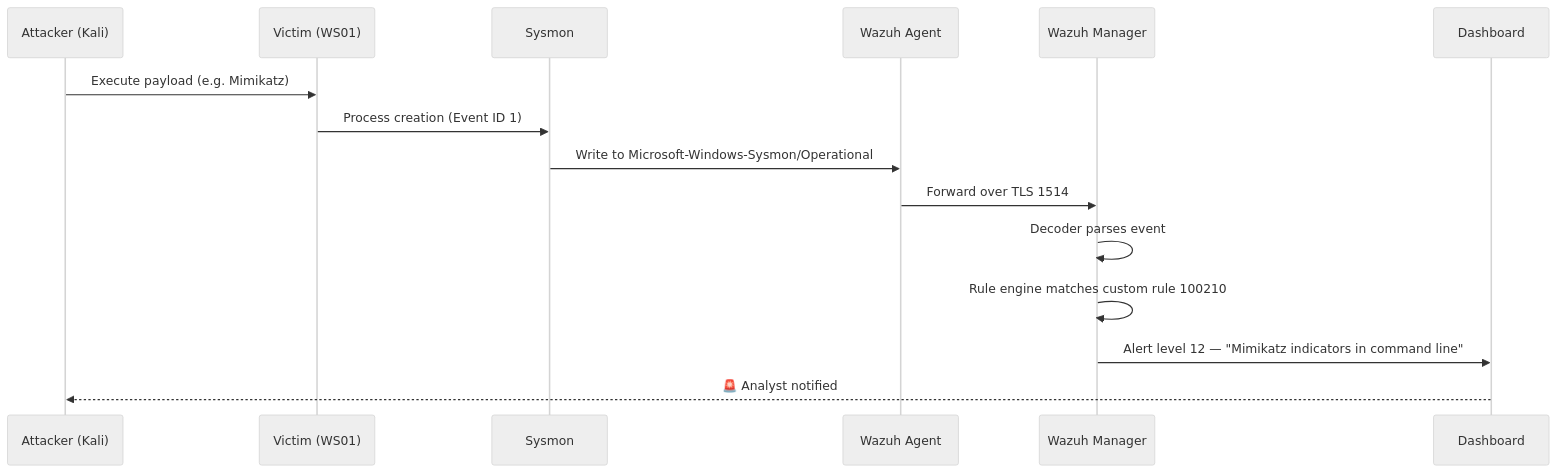
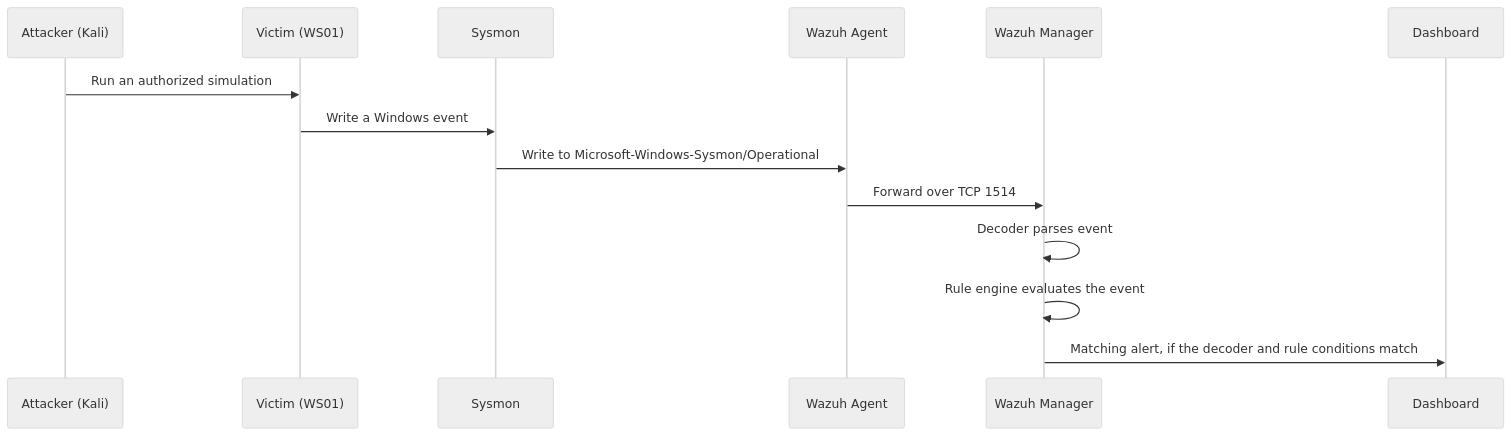
The second of 2 diagrams in README.md (Pawel123j/SOC-Home-Lab-Wazuh-AD-), drawn with Mermaid (neutral theme) before and after one commit. The commit also changed other lines of this file and 14 other files, not shown here.

````diff
--- a/README.md
+++ b/README.md
@@ -127,18 +117,17 @@
 ```mermaid
 sequenceDiagram
     participant A as Attacker (Kali)
     participant V as Victim (WS01)
     participant S as Sysmon
     participant W as Wazuh Agent
     participant M as Wazuh Manager
     participant D as Dashboard
 
-    A->>V: Execute payload (e.g. Mimikatz)
-    V->>S: Process creation (Event ID 1)
+    A->>V: Run an authorized simulation
+    V->>S: Write a Windows event
     S->>W: Write to Microsoft-Windows-Sysmon/Operational
-    W->>M: Forward over TLS 1514
+    W->>M: Forward over TCP 1514
     M->>M: Decoder parses event
-    M->>M: Rule engine matches custom rule 100210
-    M->>D: Alert level 12 — "Mimikatz indicators in command line"
-    D-->>A: 🚨 Analyst notified
+    M->>M: Rule engine evaluates the event
+    M->>D: Matching alert, if the decoder and rule conditions match
 ```
````
